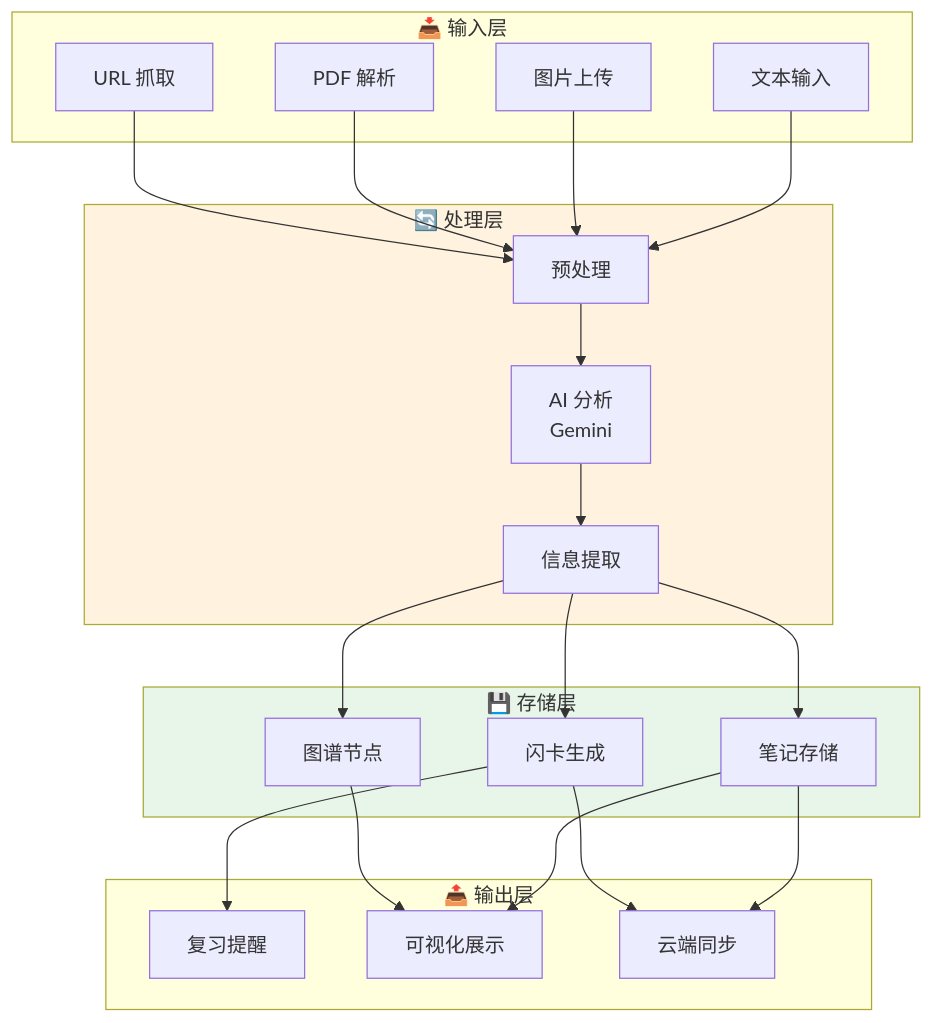
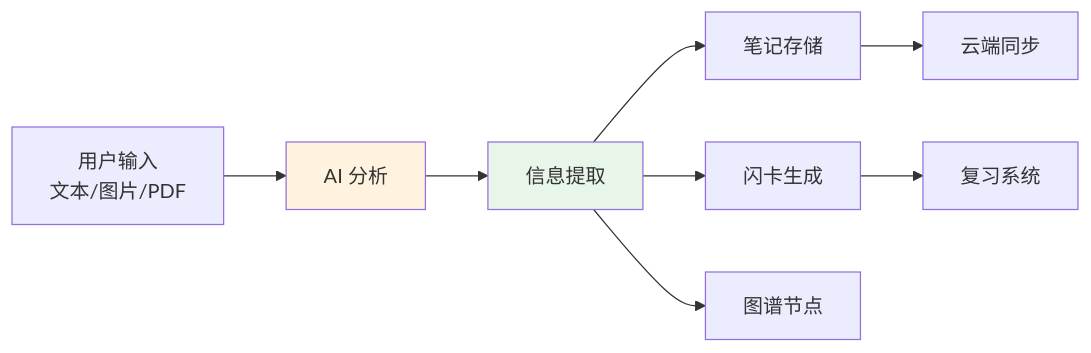
One commit to JesstLe/OpenSynapse changed the third of 3 diagrams in README.md. Above: the diagram before and after it, drawn with Mermaid. The commit also changed other lines of this file, not shown here.

````diff
--- a/README.md
+++ b/README.md
@@ -337,45 +309,12 @@
 ```mermaid
-flowchart TB
-    subgraph Input["📥 输入层"]
-        Text["文本输入"]
-        Image["图片上传"]
-        PDF["PDF 解析"]
-        URL["URL 抓取"]
-    end
+flowchart LR
+    Input[用户输入<br/>文本/图片/PDF] --> AI[AI 分析] --> Extract[信息提取]
+    Extract --> Note[笔记存储]
+    Extract --> Card[闪卡生成]
+    Extract --> Graph[图谱节点]
+    Note --> Sync[云端同步]
+    Card --> Review[复习系统]
     
-    subgraph Process["🔄 处理层"]
-        Preprocess["预处理"]
-        AI["AI 分析<br/>Gemini"]
-        Extract["信息提取"]
-    end
-    
-    subgraph Storage["💾 存储层"]
-        Note["笔记存储"]
-        Card["闪卡生成"]
-        Graph["图谱节点"]
-    end
-    
-    subgraph Output["📤 输出层"]
-        Review["复习提醒"]
-        Visual["可视化展示"]
-        Sync["云端同步"]
-    end
-    
-    Text --> Preprocess
-    Image --> Preprocess
-    PDF --> Preprocess
-    URL --> Preprocess
-    Preprocess --> AI
-    AI --> Extract
-    Extract --> Note
-    Extract --> Card
-    Extract --> Graph
-    Note --> Visual
-    Card --> Review
-    Graph --> Visual
-    Note --> Sync
-    Card --> Sync
-    
-    style Process fill:#fff3e0
-    style Storage fill:#e8f5e9
+    style AI fill:#fff3e0
+    style Extract fill:#e8f5e9
 ```
````
